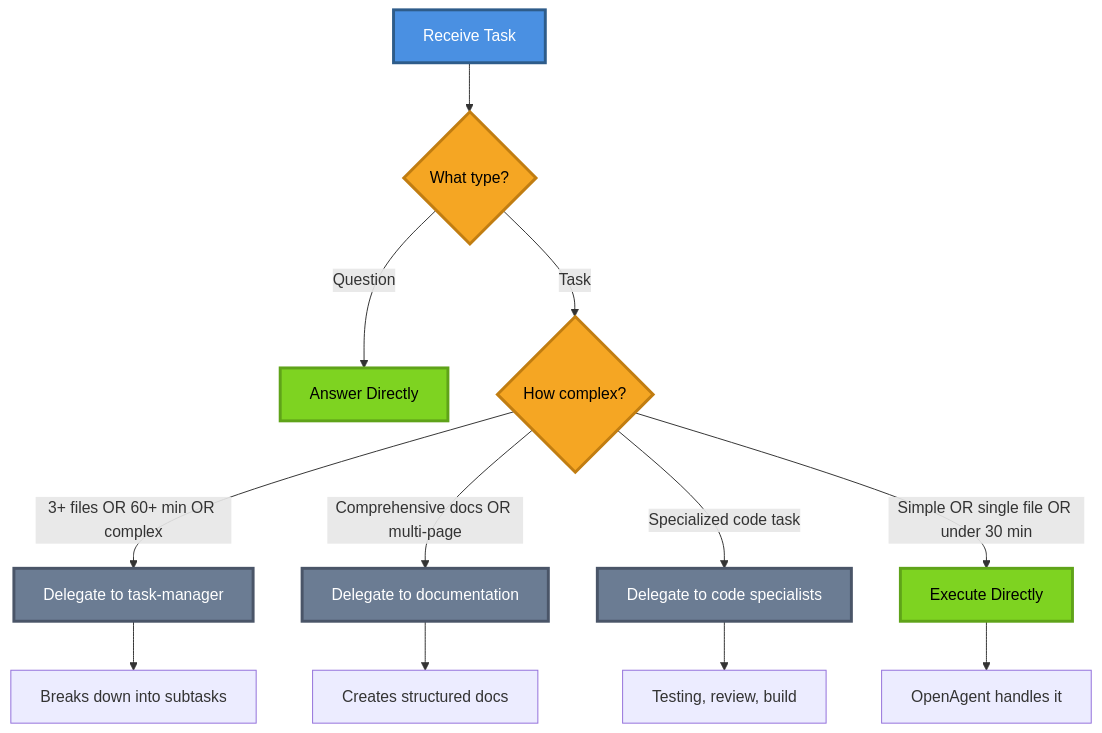
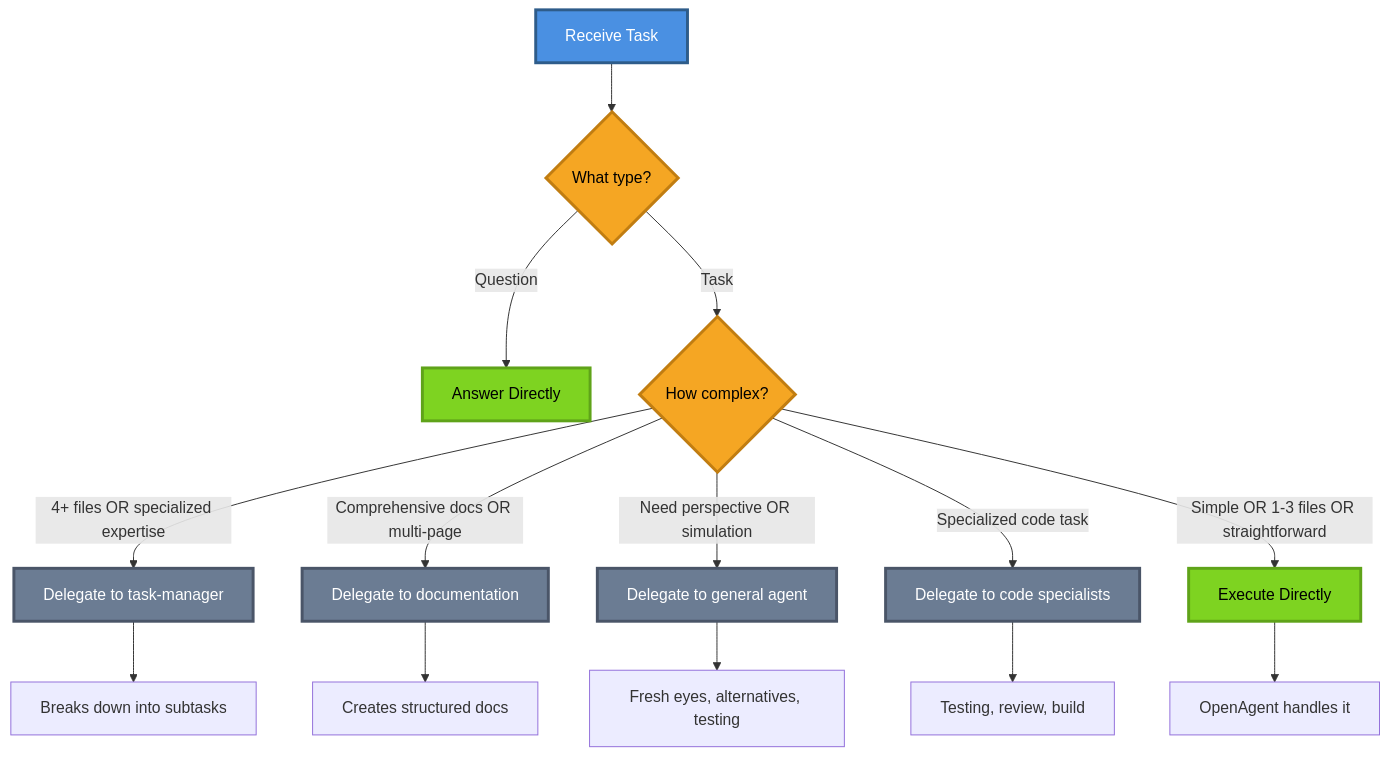
Diagram 14 of 17 in docs/agents/openagent.md (shahboura/agents-copilot), drawn with Mermaid before and after one commit. The commit also changed other lines of this file and 4 other files, not shown here.

First line of the commit message:
docs: update OpenAgent documentation and add repository validation

````diff
--- a/docs/agents/openagent.md
+++ b/docs/agents/openagent.md
@@ -684,29 +720,33 @@
 ```mermaid
 graph TD
     A[Receive Task] --> B{What type?}
     
     B -->|Question| C[Answer Directly]
     
     B -->|Task| D{How complex?}
     
-    D -->|3+ files OR 60+ min OR complex| E[Delegate to task-manager]
+    D -->|4+ files OR specialized expertise| E[Delegate to task-manager]
     E --> E1[Breaks down into subtasks]
     
     D -->|Comprehensive docs OR multi-page| F[Delegate to documentation]
     F --> F1[Creates structured docs]
     
-    D -->|Specialized code task| G[Delegate to code specialists]
-    G --> G1[Testing, review, build]
+    D -->|Need perspective OR simulation| G[Delegate to general agent]
+    G --> G1[Fresh eyes, alternatives, testing]
     
-    D -->|Simple OR single file OR under 30 min| H[Execute Directly]
-    H --> H1[OpenAgent handles it]
+    D -->|Specialized code task| H[Delegate to code specialists]
+    H --> H1[Testing, review, build]
+    
+    D -->|Simple OR 1-3 files OR straightforward| I[Execute Directly]
+    I --> I1[OpenAgent handles it]
     
     style A fill:#4A90E2,stroke:#2E5C8A,stroke-width:3px,color:#fff
     style B fill:#F5A623,stroke:#C17D11,stroke-width:3px,color:#000
     style C fill:#7ED321,stroke:#5FA319,stroke-width:3px,color:#000
     style D fill:#F5A623,stroke:#C17D11,stroke-width:3px,color:#000
     style E fill:#6B7C93,stroke:#4A5568,stroke-width:3px,color:#fff
     style F fill:#6B7C93,stroke:#4A5568,stroke-width:3px,color:#fff
     style G fill:#6B7C93,stroke:#4A5568,stroke-width:3px,color:#fff
-    style H fill:#7ED321,stroke:#5FA319,stroke-width:3px,color:#000
+    style H fill:#6B7C93,stroke:#4A5568,stroke-width:3px,color:#fff
+    style I fill:#7ED321,stroke:#5FA319,stroke-width:3px,color:#000
 ```
````
